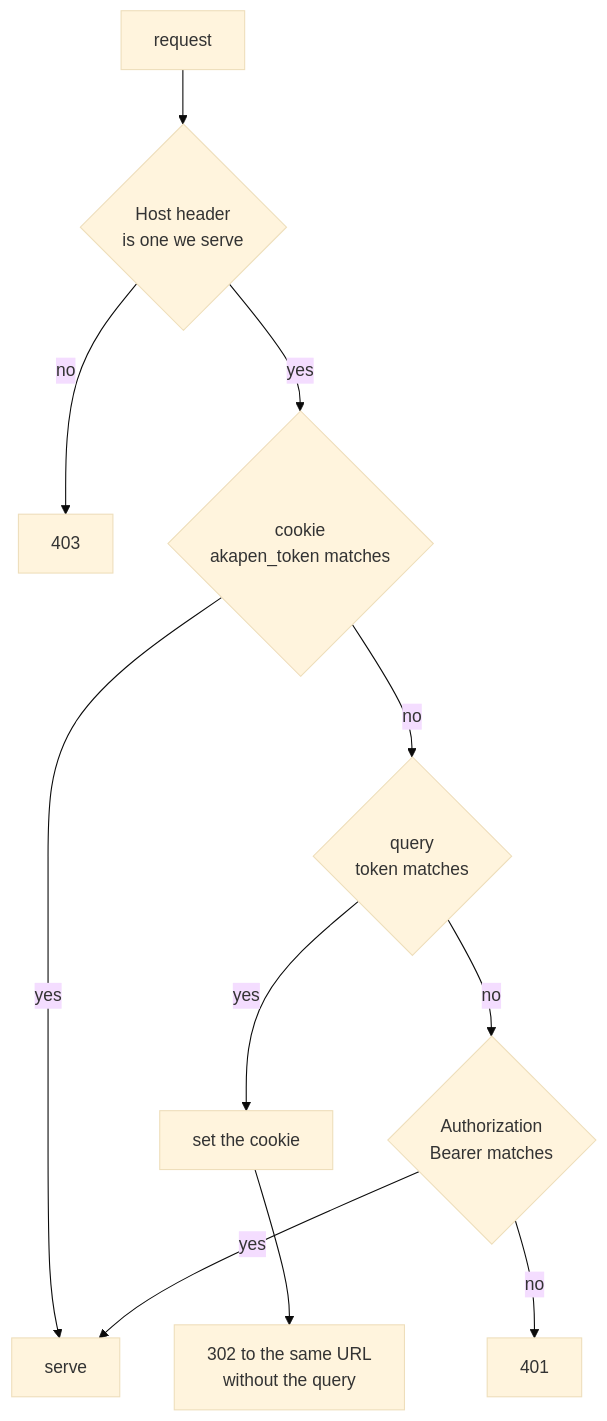
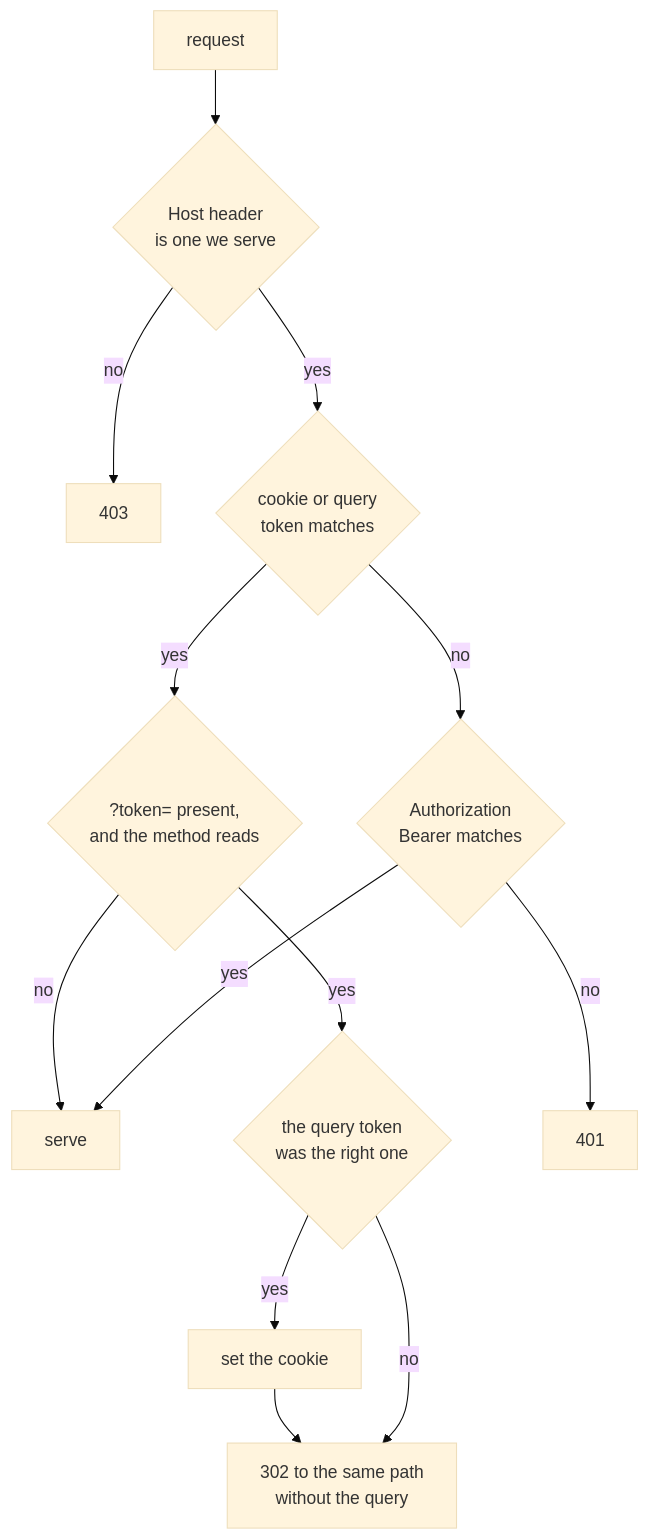
Before and after one commit to TakashiAihara/akapen: the first of 4 diagrams in docs/design/authentication.md, drawn with Mermaid (base theme). The commit also changed 6 other files, not shown here.

````diff
--- a/docs/design/authentication.md
+++ b/docs/design/authentication.md
@@ -34,12 +34,14 @@
 ```mermaid
 flowchart TD
     REQ["request"] --> HOST{"Host header<br>is one we serve"}
     HOST -- "no" --> F403["403"]
-    HOST -- "yes" --> COOKIE{"cookie<br>akapen_token matches"}
-    COOKIE -- "yes" --> PASS["serve"]
-    COOKIE -- "no" --> QUERY{"query<br>token matches"}
-    QUERY -- "yes" --> SET["set the cookie"] --> REDIR["302 to the same URL<br>without the query"]
-    QUERY -- "no" --> BEARER{"Authorization<br>Bearer matches"}
+    HOST -- "yes" --> KNOWN{"cookie or query<br>token matches"}
+    KNOWN -- "no" --> BEARER{"Authorization<br>Bearer matches"}
+    KNOWN -- "yes" --> INURL{"?token= present,<br>and the method reads"}
+    INURL -- "no" --> PASS["serve"]
+    INURL -- "yes" --> RIGHT{"the query token<br>was the right one"}
+    RIGHT -- "yes" --> SET["set the cookie"] --> REDIR["302 to the same path<br>without the query"]
+    RIGHT -- "no" --> REDIR
     BEARER -- "yes" --> PASS
     BEARER -- "no" --> F401["401"]
 ```
````
